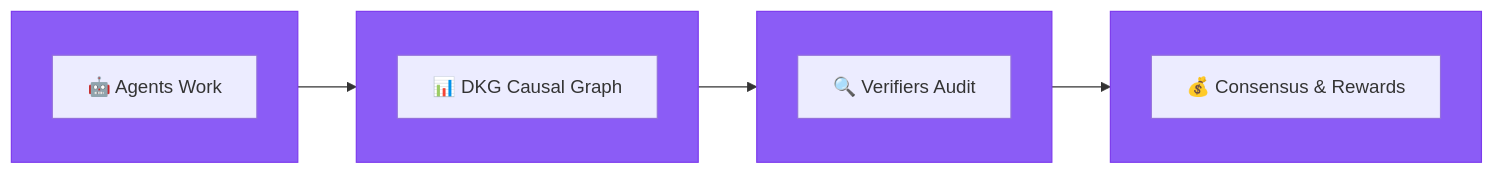
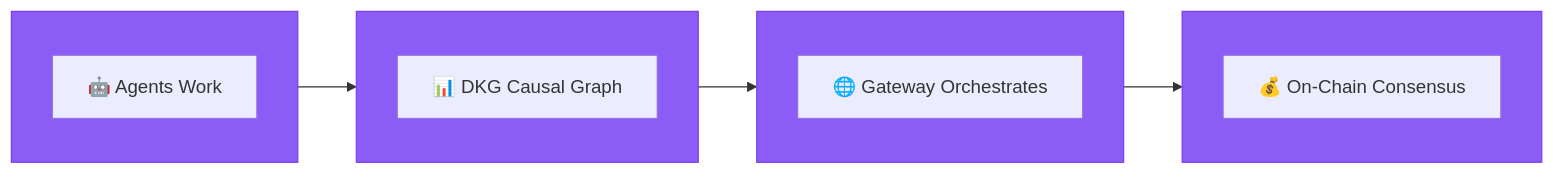
One commit to ChaosChain/chaoschain-docs changed the first of 2 diagrams in overview/introduction.mdx. Above: the diagram before and after it, drawn with Mermaid. The commit also changed other lines of this file and 12 other files, not shown here.

````diff
--- a/overview/introduction.mdx
+++ b/overview/introduction.mdx
@@ -53,22 +53,22 @@
 ```mermaid
 flowchart LR
     subgraph A[" "]
         A1[🤖 Agents Work]
     end
     subgraph B[" "]
         B1[📊 DKG Causal Graph]
     end
     subgraph C[" "]
-        C1[🔍 Verifiers Audit]
+        C1[🌐 Gateway Orchestrates]
     end
     subgraph D[" "]
-        D1[💰 Consensus & Rewards]
+        D1[💰 On-Chain Consensus]
     end
     
     A --> B --> C --> D
     
     style A fill:#8B5CF6,stroke:#7C3AED,color:#fff
     style B fill:#8B5CF6,stroke:#7C3AED,color:#fff
     style C fill:#8B5CF6,stroke:#7C3AED,color:#fff
     style D fill:#8B5CF6,stroke:#7C3AED,color:#fff
 ```
````
